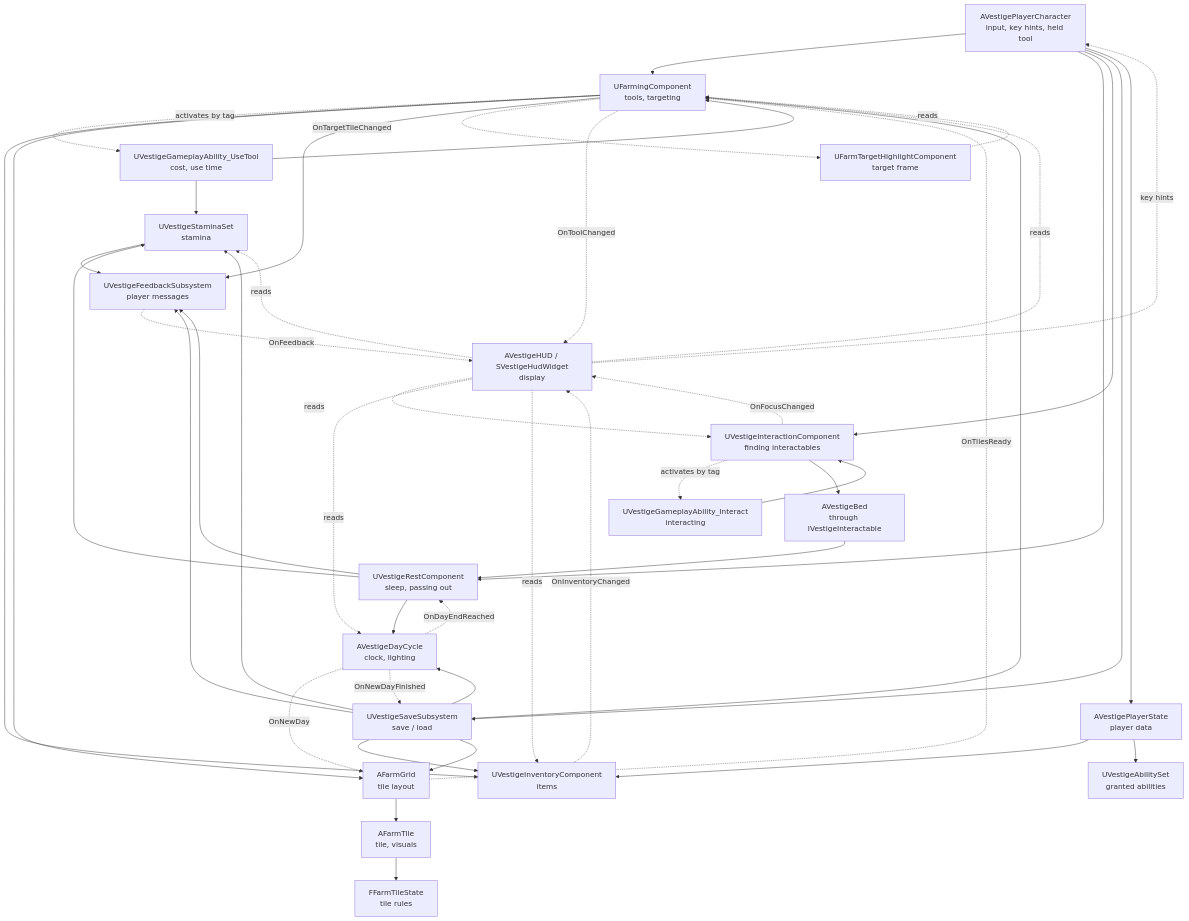
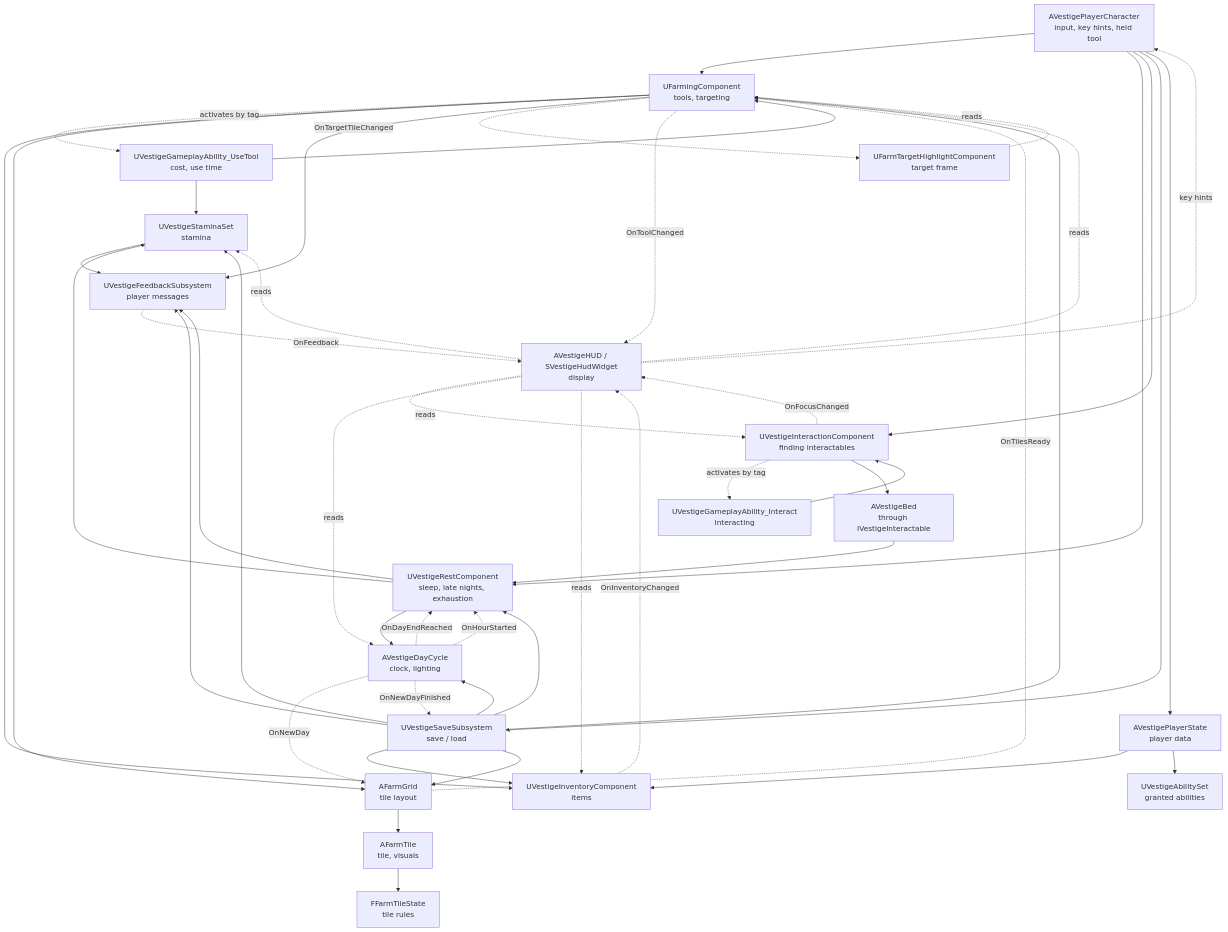
The first of 2 diagrams in Docs/Architecture.md (DunderGG/ProjectVestige), drawn with Mermaid before and after one commit. The commit also changed other lines of this file and 26 other files, not shown here.

First line of the commit message:
Add the late-night rules: drain, exhaustion and warnings

````diff
--- a/Docs/Architecture.md
+++ b/Docs/Architecture.md
@@ -386,48 +386,50 @@
 ```mermaid
 flowchart TD
     Input[AVestigePlayerCharacter<br/>input, key hints, held tool] --> Farming[UFarmingComponent<br/>tools, targeting]
-    Input --> Rest[UVestigeRestComponent<br/>sleep, passing out]
+    Input --> Rest[UVestigeRestComponent<br/>sleep, late nights, exhaustion]
     Input --> Interaction[UVestigeInteractionComponent<br/>finding interactables]
     Interaction -. activates by tag .-> Interact[UVestigeGameplayAbility_Interact<br/>interacting]
     Interact --> Interaction
     Interaction --> Bed[AVestigeBed<br/>through IVestigeInteractable]
     Bed --> Rest
     HUD -.reads.-> Interaction
     Interaction -. OnFocusChanged .-> HUD
     Input --> Save
     HUD[AVestigeHUD / SVestigeHudWidget<br/>display] -.reads.-> Farming
     HUD -.reads.-> DayCycle
     HUD -.key hints.-> Input
     HUD -.reads.-> Inventory
     Highlight[UFarmTargetHighlightComponent<br/>target frame] -.reads.-> Farming
     Save[UVestigeSaveSubsystem<br/>save / load] --> Farming
     Save --> Inventory
     Save --> Grid
     PlayerState[AVestigePlayerState<br/>player data] --> Inventory[UVestigeInventoryComponent<br/>items]
     PlayerState --> AbilitySet[UVestigeAbilitySet<br/>granted abilities]
     Input --> PlayerState
     Farming -. activates by tag .-> UseTool[UVestigeGameplayAbility_UseTool<br/>cost, use time]
     UseTool --> Farming
     UseTool --> Stamina[UVestigeStaminaSet<br/>stamina]
     Rest --> Stamina
     Save --> Stamina
     HUD -.reads.-> Stamina
     Stamina --> Feedback
     Farming --> Inventory
     Save --> DayCycle
     Farming --> Grid[AFarmGrid<br/>tile layout]
     Rest --> DayCycle[AVestigeDayCycle<br/>clock, lighting]
     Grid --> Tile[AFarmTile<br/>tile, visuals]
     Tile --> TileState[FFarmTileState<br/>tile rules]
     Farming --> Feedback[UVestigeFeedbackSubsystem<br/>player messages]
     Rest --> Feedback
     Save --> Feedback
     DayCycle -. OnDayEndReached .-> Rest
+    DayCycle -. OnHourStarted .-> Rest
+    Save --> Rest
     DayCycle -. OnNewDay .-> Grid
     DayCycle -. OnNewDayFinished .-> Save
     Grid -. OnTilesReady .-> Farming
     Farming -. OnTargetTileChanged .-> Highlight
     Farming -. OnToolChanged .-> HUD
     Inventory -. OnInventoryChanged .-> HUD
     Feedback -. OnFeedback .-> HUD
 ```
````
